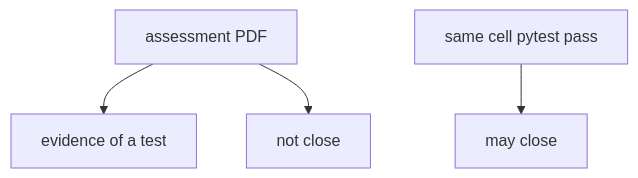
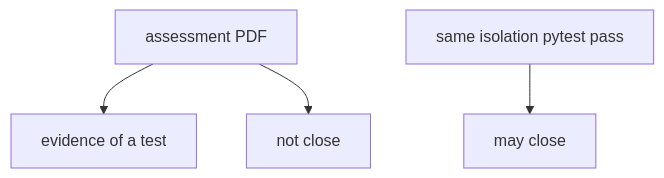
Before and after one commit to ishitvagoel/LearnSecurity: the first of 2 diagrams in content/modules/9/9.5/lessons/01-property.md, drawn with Mermaid. The commit also changed other lines of this file and 39 other files, not shown here.

````diff
--- a/content/modules/9/9.5/lessons/01-property.md
+++ b/content/modules/9/9.5/lessons/01-property.md
@@ -21,6 +22,6 @@
 ```mermaid
 flowchart TD
   Pdf[assessment PDF] --> Record[evidence of a test]
-  Retest["same cell pytest pass"] --> Close[may close]
+  Retest["same isolation pytest pass"] --> Close[may close]
   Pdf --> NotClose[not close]
 ```
````
